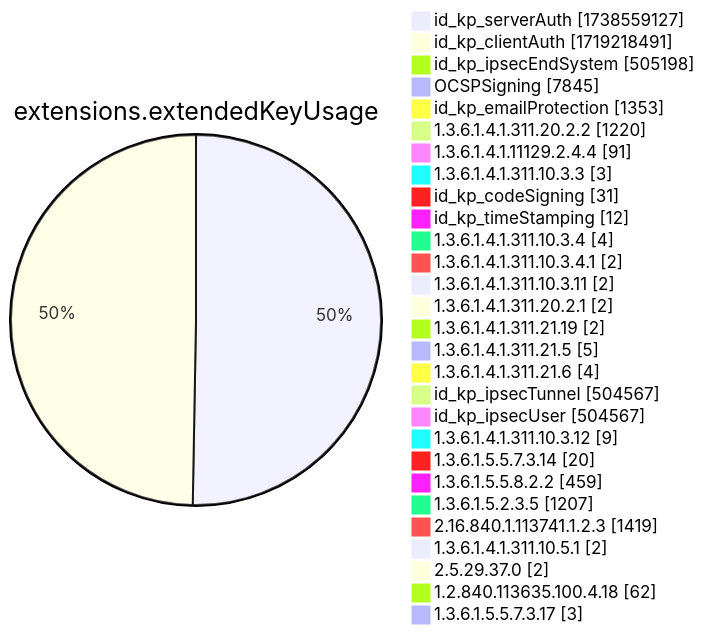
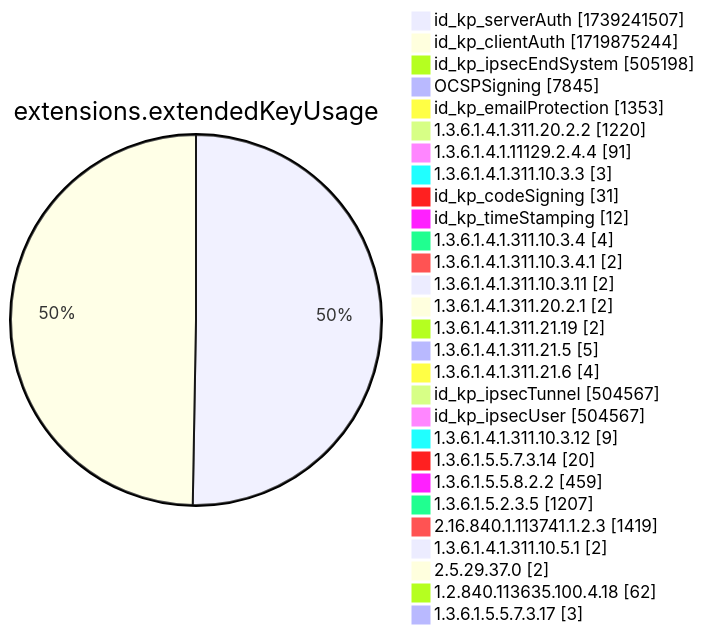
Before and after one commit to christiankrug/ctmonitor_visualization: diagram 12 of 15 in xenon2022/README.md, drawn with Mermaid. The commit also changed other lines of this file, not shown here.

````diff
--- a/xenon2022/README.md
+++ b/xenon2022/README.md
@@ -3892,32 +3892,32 @@
 ```mermaid
 pie showData
 title extensions.extendedKeyUsage
-"id_kp_serverAuth" :1738559127
-"id_kp_clientAuth" :1719218491
+"id_kp_serverAuth" :1739241507
+"id_kp_clientAuth" :1719875244
 "id_kp_ipsecEndSystem" :505198
 "OCSPSigning" :7845
 "id_kp_emailProtection" :1353
 "1.3.6.1.4.1.311.20.2.2" :1220
 "1.3.6.1.4.1.11129.2.4.4" :91
 "1.3.6.1.4.1.311.10.3.3" :3
 "id_kp_codeSigning" :31
 "id_kp_timeStamping" :12
 "1.3.6.1.4.1.311.10.3.4" :4
 "1.3.6.1.4.1.311.10.3.4.1" :2
 "1.3.6.1.4.1.311.10.3.11" :2
 "1.3.6.1.4.1.311.20.2.1" :2
 "1.3.6.1.4.1.311.21.19" :2
 "1.3.6.1.4.1.311.21.5" :5
 "1.3.6.1.4.1.311.21.6" :4
 "id_kp_ipsecTunnel" :504567
 "id_kp_ipsecUser" :504567
 "1.3.6.1.4.1.311.10.3.12" :9
 "1.3.6.1.5.5.7.3.14" :20
 "1.3.6.1.5.5.8.2.2" :459
 "1.3.6.1.5.2.3.5" :1207
 "2.16.840.1.113741.1.2.3" :1419
 "1.3.6.1.4.1.311.10.5.1" :2
 "2.5.29.37.0" :2
 "1.2.840.113635.100.4.18" :62
 "1.3.6.1.5.5.7.3.17" :3
 ```
````
